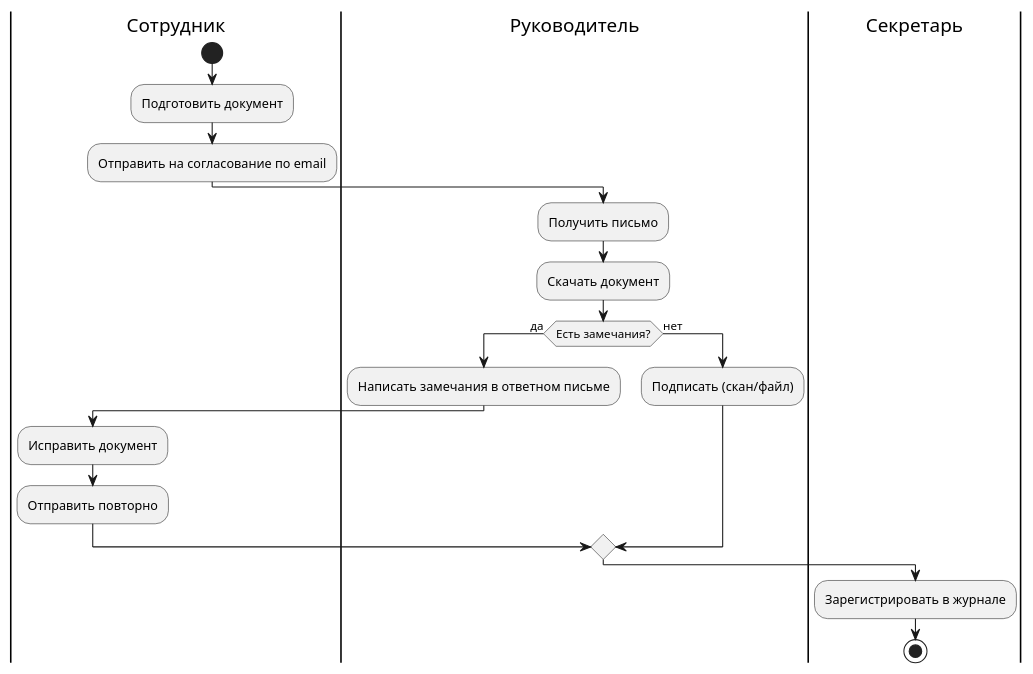
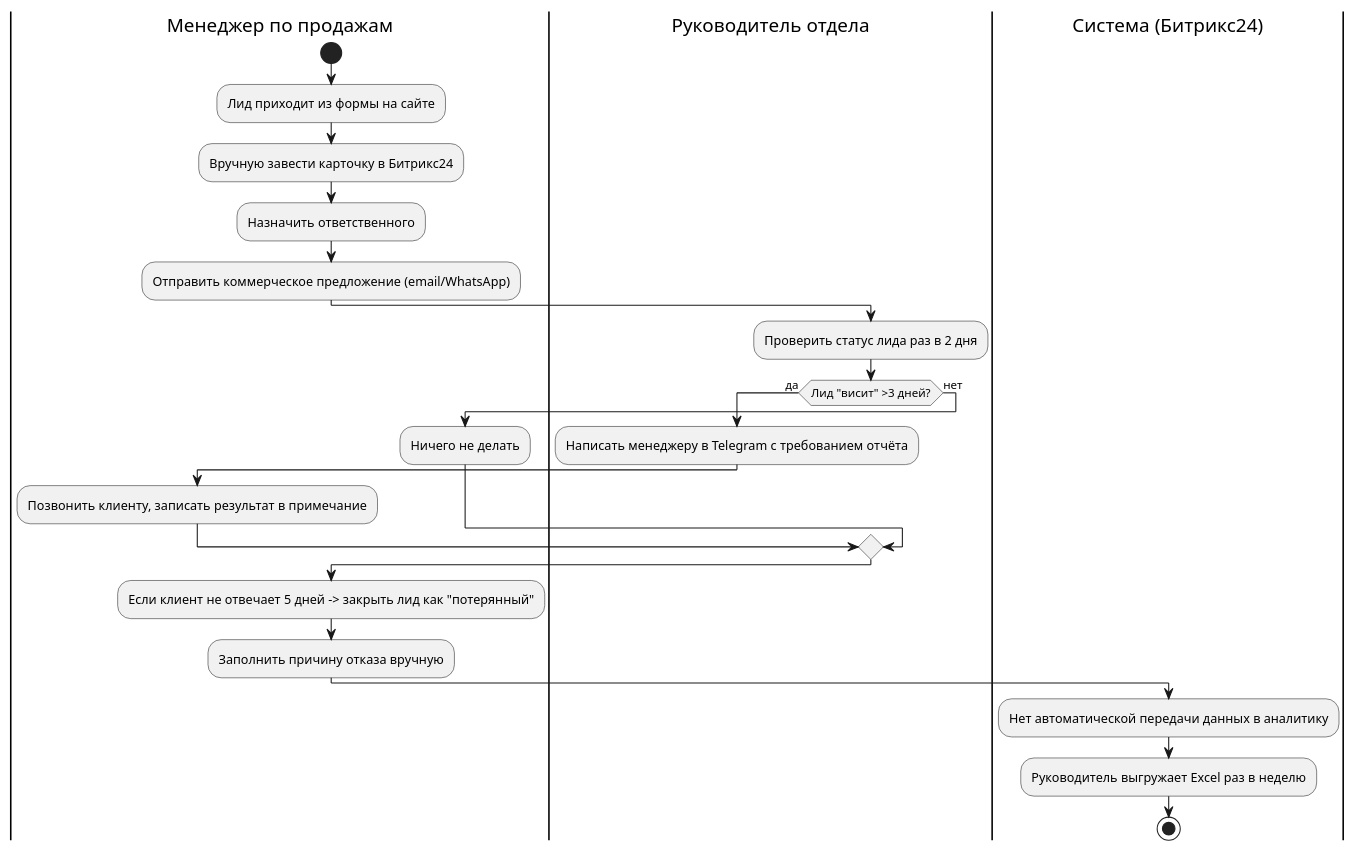
The diagram in 02_bpmn_requirements_case/diagrams/approval_as_is.puml (sevastiananalyst/analyst-portfolio), drawn with PlantUML before and after one commit.

```diff
--- a/02_bpmn_requirements_case/diagrams/approval_as_is.puml
+++ b/02_bpmn_requirements_case/diagrams/approval_as_is.puml
@@ -1,21 +1,24 @@
 @startuml
-|Сотрудник|
+|Менеджер по продажам|
 start
-:Подготовить документ;
-:Отправить на согласование по email;
-|Руководитель|
-:Получить письмо;
-:Скачать документ;
-if (Есть замечания?) then (да)
-  :Написать замечания в ответном письме;
-  |Сотрудник|
-  :Исправить документ;
-  :Отправить повторно;
-  |Руководитель|
+:Лид приходит из формы на сайте;
+:Вручную завести карточку в Битрикс24;
+:Назначить ответственного;
+:Отправить коммерческое предложение (email/WhatsApp);
+|Руководитель отдела|
+:Проверить статус лида раз в 2 дня;
+if (Лид "висит" >3 дней?) then (да)
+  :Написать менеджеру в Telegram с требованием отчёта;
+  |Менеджер по продажам|
+  :Позвонить клиенту, записать результат в примечание;
 else (нет)
-  :Подписать (скан/файл);
+  :Ничего не делать;
 endif
-|Секретарь|
-:Зарегистрировать в журнале;
+|Менеджер по продажам|
+:Если клиент не отвечает 5 дней -> закрыть лид как "потерянный";
+:Заполнить причину отказа вручную;
+|Система (Битрикс24)|
+:Нет автоматической передачи данных в аналитику;
+:Руководитель выгружает Excel раз в неделю;
 stop
 @enduml
```
